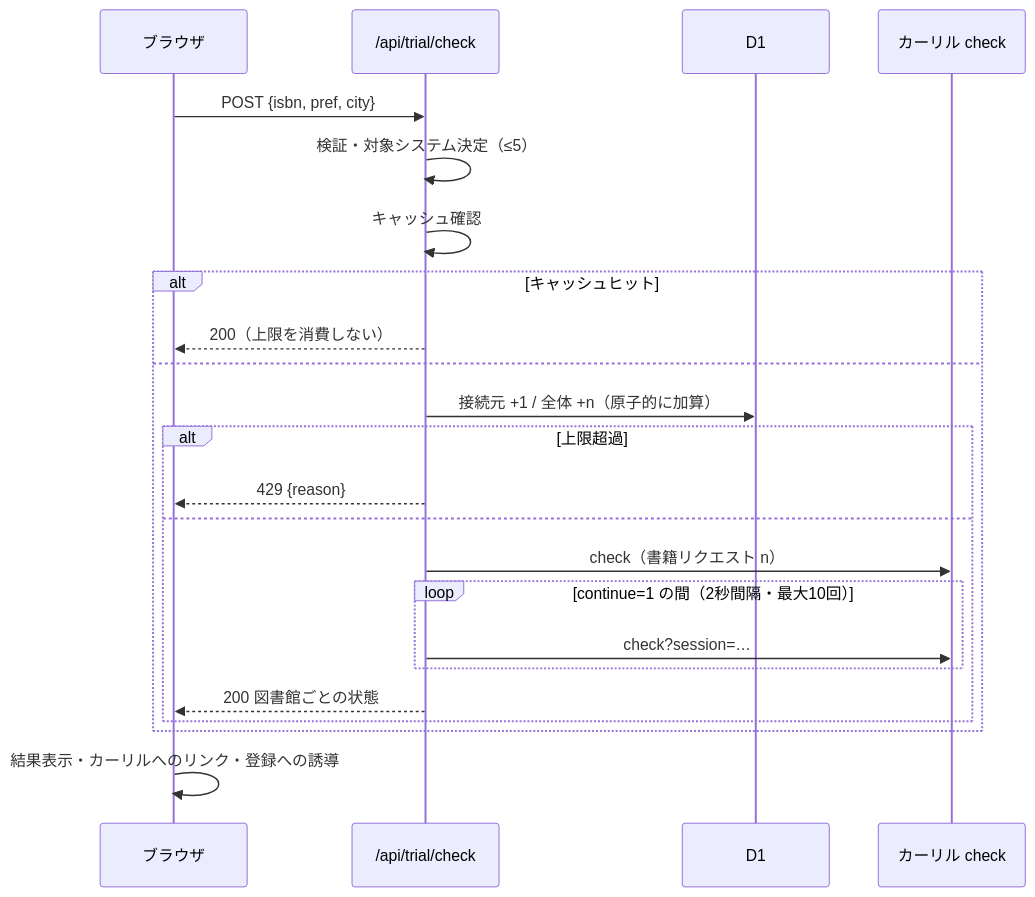
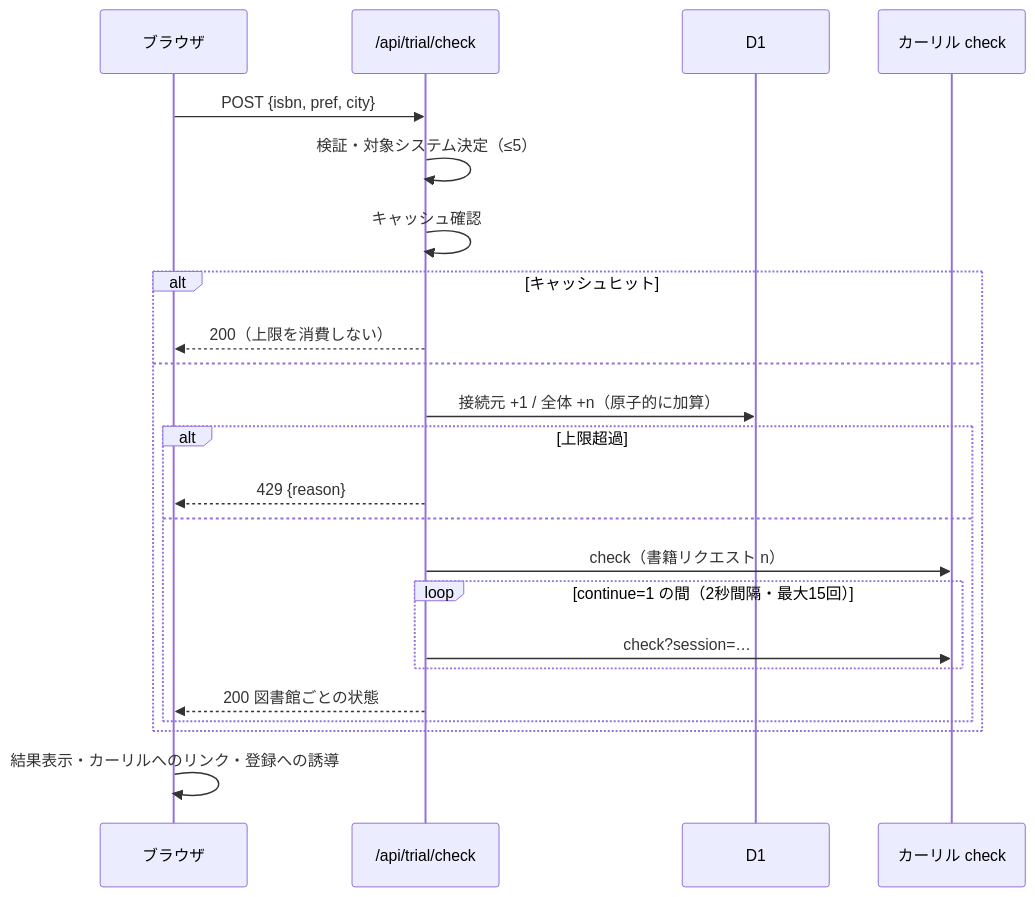
One commit to satoryu/LibCheck changed the second of 2 diagrams in docs/183-trial-availability-check/design.md. Above: the diagram before and after it, drawn with Mermaid. The commit also changed other lines of this file and 10 other files, not shown here.

````diff
--- a/docs/183-trial-availability-check/design.md
+++ b/docs/183-trial-availability-check/design.md
@@ -126,25 +126,25 @@
 ```mermaid
 sequenceDiagram
   participant B as ブラウザ
   participant F as /api/trial/check
   participant D as D1
   participant C as カーリル check
   B->>F: POST {isbn, pref, city}
   F->>F: 検証・対象システム決定（≤5）
   F->>F: キャッシュ確認
   alt キャッシュヒット
     F-->>B: 200（上限を消費しない）
   else
     F->>D: 接続元 +1 / 全体 +n（原子的に加算）
     alt 上限超過
       F-->>B: 429 {reason}
     else
       F->>C: check（書籍リクエスト n）
-      loop continue=1 の間（2秒間隔・最大10回）
+      loop continue=1 の間（2秒間隔・最大15回）
         F->>C: check?session=…
       end
       F-->>B: 200 図書館ごとの状態
     end
   end
   B->>B: 結果表示・カーリルへのリンク・登録への誘導
 ```
````
